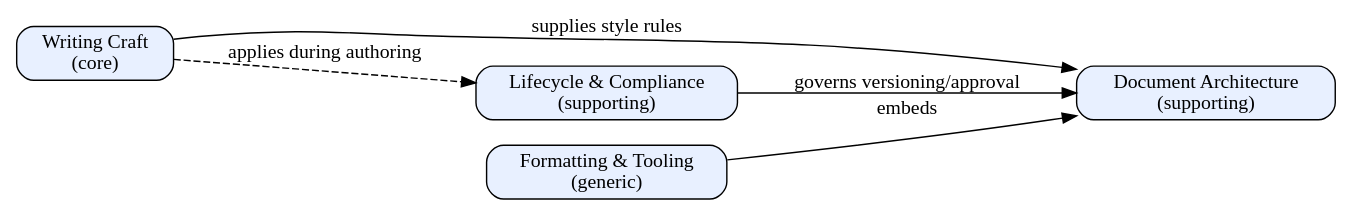
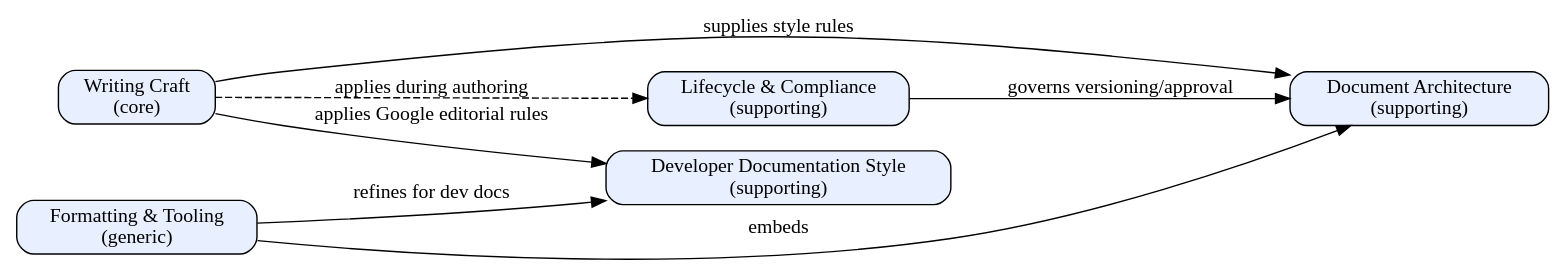
The diagram in technical-writing/SKILL.md (elarif/musical-octo-funicular), drawn with Graphviz before and after one commit. The commit also changed other lines of this file, not shown here.

First line of the commit message:
feat(technical-writing): rev 7 — 5th bounded context Developer Documentation Style

````diff
--- a/technical-writing/SKILL.md
+++ b/technical-writing/SKILL.md
@@ -113,16 +117,19 @@
 ```dot
 digraph contexts {
   rankdir=LR;
   node [shape=box, style="rounded,filled", fillcolor="#E8F0FF"];
 
   Craft [label="Writing Craft\n(core)"];
   Arch  [label="Document Architecture\n(supporting)"];
   Life  [label="Lifecycle & Compliance\n(supporting)"];
   Fmt   [label="Formatting & Tooling\n(generic)"];
+  DevStyle [label="Developer Documentation Style\n(supporting)"];
 
   Craft -> Arch      [label="supplies style rules"];
+  Craft -> DevStyle  [label="applies Google editorial rules"];
   Fmt  -> Arch      [label="embeds"];
+  Fmt  -> DevStyle  [label="refines for dev docs"];
   Life -> Arch      [label="governs versioning/approval"];
   Craft -> Life     [label="applies during authoring", style=dashed];
 }
 ```
````
